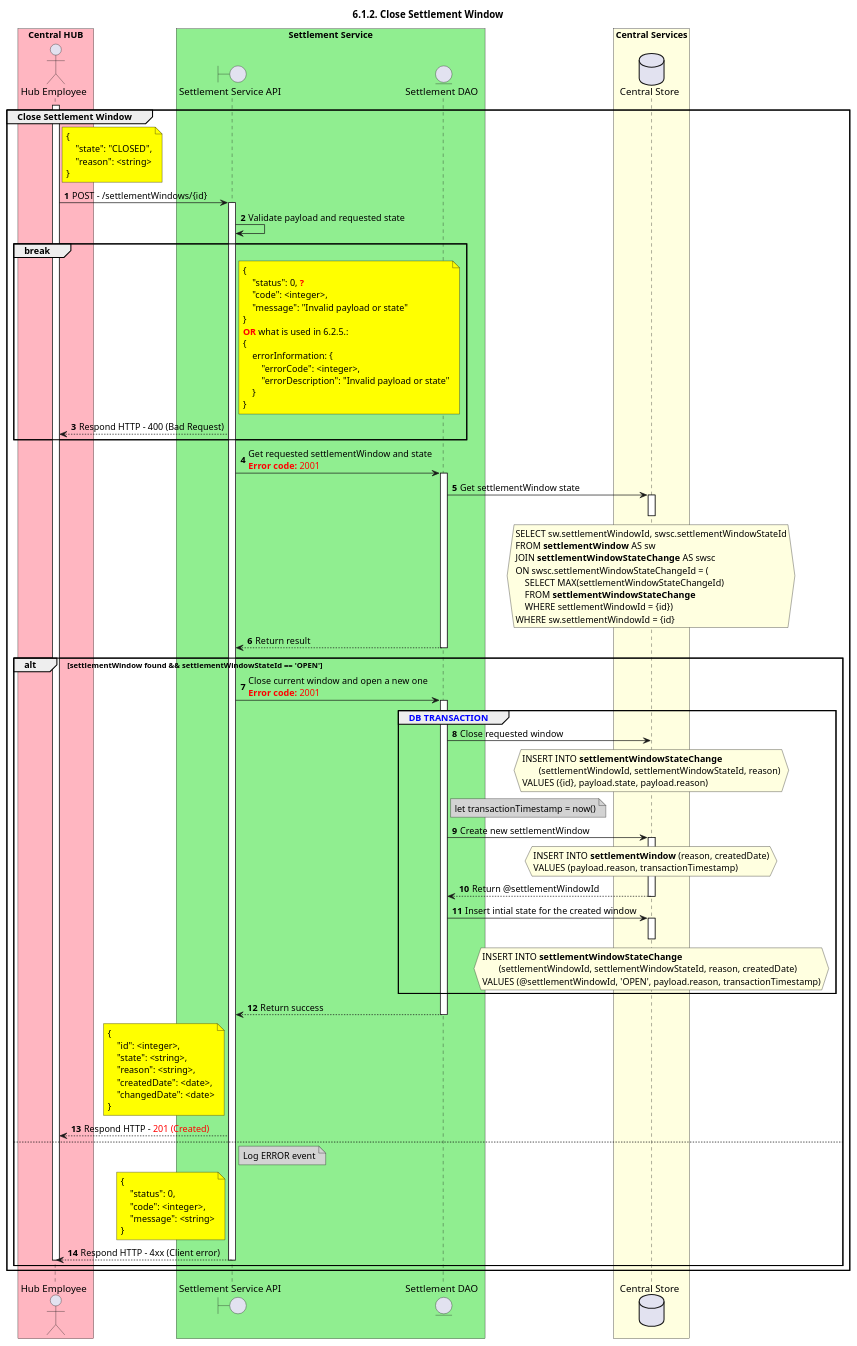
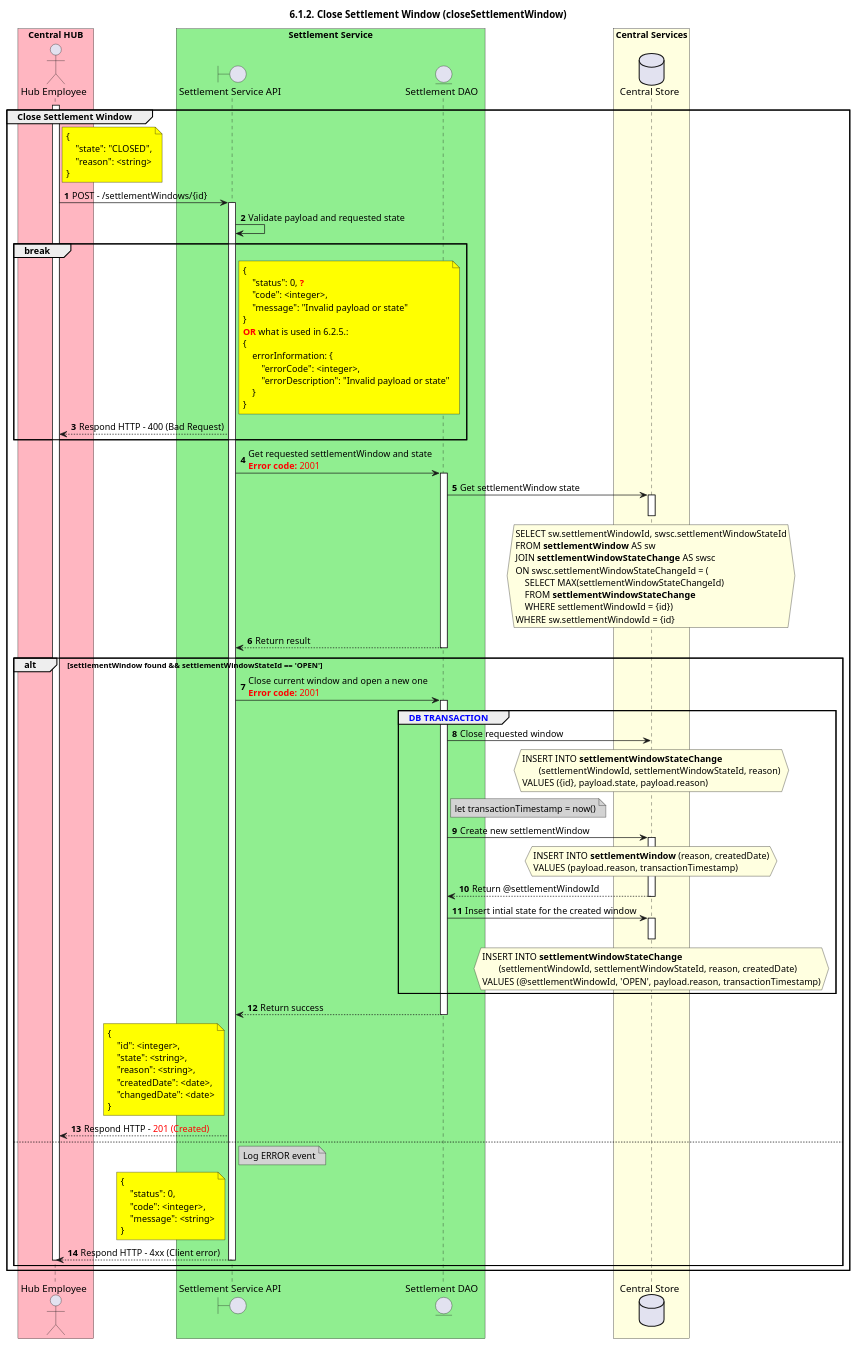
The diagram in CentralServices/seq_diagrams/seq-settleWindow-6.1.2.plantuml (HenkKodde/docs), drawn with PlantUML before and after one commit. The commit also changed 5 other files, not shown here.

Commit message:
Update diagram titles

```diff
--- a/CentralServices/seq_diagrams/seq-settleWindow-6.1.2.plantuml
+++ b/CentralServices/seq_diagrams/seq-settleWindow-6.1.2.plantuml
@@ -1,138 +1,138 @@
 @startuml
 ' declate title
-title 6.1.2. Close Settlement Window
+title 6.1.2. Close Settlement Window (closeSettlementWindow)
 
 autonumber 
 
 ' declare actors
 actor "Hub Employee" as OPERATOR
 boundary "Settlement Service API" as SSAPI
 entity "Settlement DAO" as SETTLE_DAO
 database "Central Store" as DB
 
-box "Central HUB" #LightPink
+box "Central HUB" #lightpink
     participant OPERATOR
 end box
 
-box "Settlement Service" #LightGreen
+box "Settlement Service" #lightgreen
     participant SSAPI
     participant SETTLE_DAO
 end box
 
-box "Central Services" #LightYellow
+box "Central Services" #lightyellow
     participant DB
 end box
 
 ' start flow
 group Close Settlement Window
     activate OPERATOR
-    note right of OPERATOR #Yellow
+    note right of OPERATOR #yellow
         {
             "state": "CLOSED",
             "reason": <string>
         }
     end note
 
     OPERATOR -> SSAPI: POST - /settlementWindows/{id}
     activate SSAPI
     SSAPI -> SSAPI: Validate payload and requested state
     break
         note right of SSAPI #yellow
             {
                 "status": 0, <color #FF0000>**?**</color>
                 "code": <integer>,
                 "message": "Invalid payload or state"
             }
             <color #FF0000>**OR**</color> what is used in 6.2.5.:
             {
                 errorInformation: {
                     "errorCode": <integer>,
                     "errorDescription": "Invalid payload or state"
                 }
             }
         end note
         OPERATOR <-- SSAPI: Respond HTTP - 400 (Bad Request)
     end
     SSAPI -> SETTLE_DAO: Get requested settlementWindow and state\n<color #FF0000><b>Error code:</b> 2001</color>
     activate SETTLE_DAO
     SETTLE_DAO -> DB: Get settlementWindow state
     activate DB
     hnote over DB #lightyellow
         SELECT sw.settlementWindowId, swsc.settlementWindowStateId
         FROM **settlementWindow** AS sw
         JOIN **settlementWindowStateChange** AS swsc
         ON swsc.settlementWindowStateChangeId = (
             SELECT MAX(settlementWindowStateChangeId)
             FROM **settlementWindowStateChange**
             WHERE settlementWindowId = {id})
         WHERE sw.settlementWindowId = {id}
     end hnote
     deactivate DB
     SETTLE_DAO --> SSAPI: Return result
     deactivate SETTLE_DAO
 
     alt settlementWindow found && settlementWindowStateId == 'OPEN'
         SSAPI -> SETTLE_DAO: Close current window and open a new one\n<color #FF0000><b>Error code:</b> 2001</color>
         activate SETTLE_DAO
         group <color #blue>DB TRANSACTION</color>
             SETTLE_DAO -> DB: Close requested window
-            hnote over DB #LightYellow
+            hnote over DB #lightyellow
                 INSERT INTO **settlementWindowStateChange**
                        (settlementWindowId, settlementWindowStateId, reason)
                 VALUES ({id}, payload.state, payload.reason)
             end hnote
             deactivate DB
 
             note right of SETTLE_DAO #lightgray
                 let transactionTimestamp = now()
             end note
 
             SETTLE_DAO -> DB: Create new settlementWindow
             activate DB
             hnote over DB #lightyellow
                 INSERT INTO **settlementWindow** (reason, createdDate)
                 VALUES (payload.reason, transactionTimestamp)
             end note
             SETTLE_DAO <-- DB: Return @settlementWindowId
             deactivate DB
 
             SETTLE_DAO -> DB: Insert intial state for the created window
             activate DB
             hnote over DB #lightyellow
                 INSERT INTO **settlementWindowStateChange**
                        (settlementWindowId, settlementWindowStateId, reason, createdDate)
                 VALUES (@settlementWindowId, 'OPEN', payload.reason, transactionTimestamp)
             end note
             deactivate DB
             deactivate DB
         end
         SSAPI <-- SETTLE_DAO: Return success
         deactivate SETTLE_DAO
 
         note left of SSAPI #yellow
             {
                 "id": <integer>,
                 "state": <string>,
                 "reason": <string>,
                 "createdDate": <date>,
                 "changedDate": <date>
             }
         end note
         OPERATOR <-- SSAPI: Respond HTTP - <color #FF0000>201 (Created)</color>
     else
         note right of SSAPI #lightgray
             Log ERROR event
         end note
         note left of SSAPI #yellow
             {
                 "status": 0,
                 "code": <integer>,
                 "message": <string>
             }
         end note
         OPERATOR <-- SSAPI: Respond HTTP - 4xx (Client error)
         deactivate SSAPI
         deactivate OPERATOR
     end
 end
 @enduml
```
